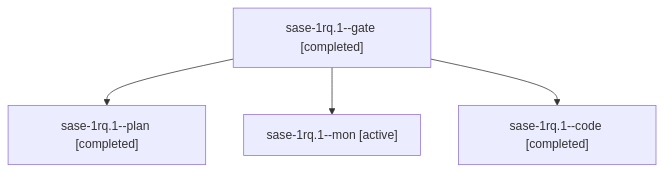
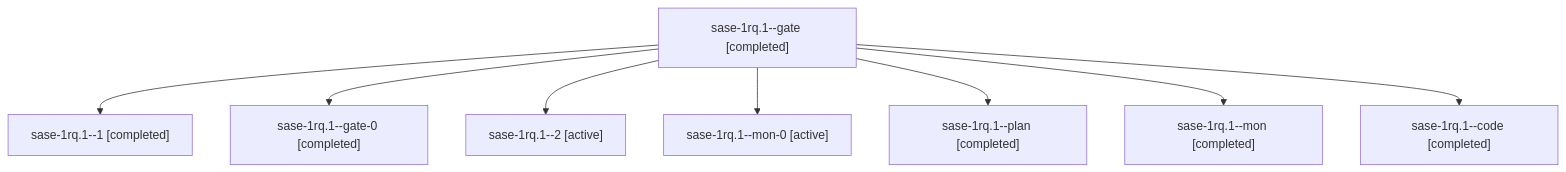
Before and after one commit to sase-org/sase--agents: the diagram in sessions/bbugyi200.athena.sase-1rq.1.md, drawn with Mermaid. The commit also changed other lines of this file and 93 other files, not shown here.

````diff
--- a/sessions/bbugyi200.athena.sase-1rq.1.md
+++ b/sessions/bbugyi200.athena.sase-1rq.1.md
@@ -9,10 +9,18 @@
 ```mermaid
 flowchart TD
   n0["sase-1rq.1--gate [completed]"]
-  n1["sase-1rq.1--plan [completed]"]
+  n1["sase-1rq.1--1 [completed]"]
   n0 --> n1
-  n2["sase-1rq.1--mon [active]"]
+  n2["sase-1rq.1--gate-0 [completed]"]
   n0 --> n2
-  n3["sase-1rq.1--code [completed]"]
+  n3["sase-1rq.1--2 [active]"]
   n0 --> n3
+  n4["sase-1rq.1--mon-0 [active]"]
+  n0 --> n4
+  n5["sase-1rq.1--plan [completed]"]
+  n0 --> n5
+  n6["sase-1rq.1--mon [completed]"]
+  n0 --> n6
+  n7["sase-1rq.1--code [completed]"]
+  n0 --> n7
 ```
````
